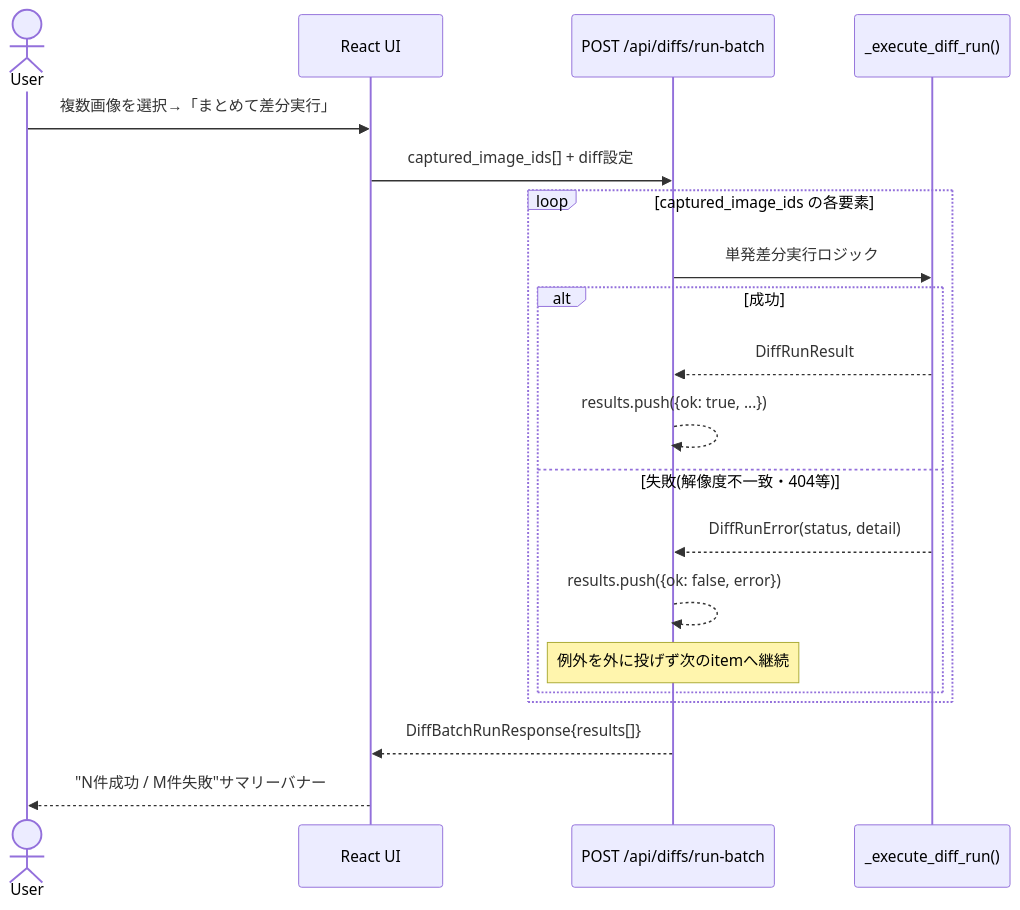
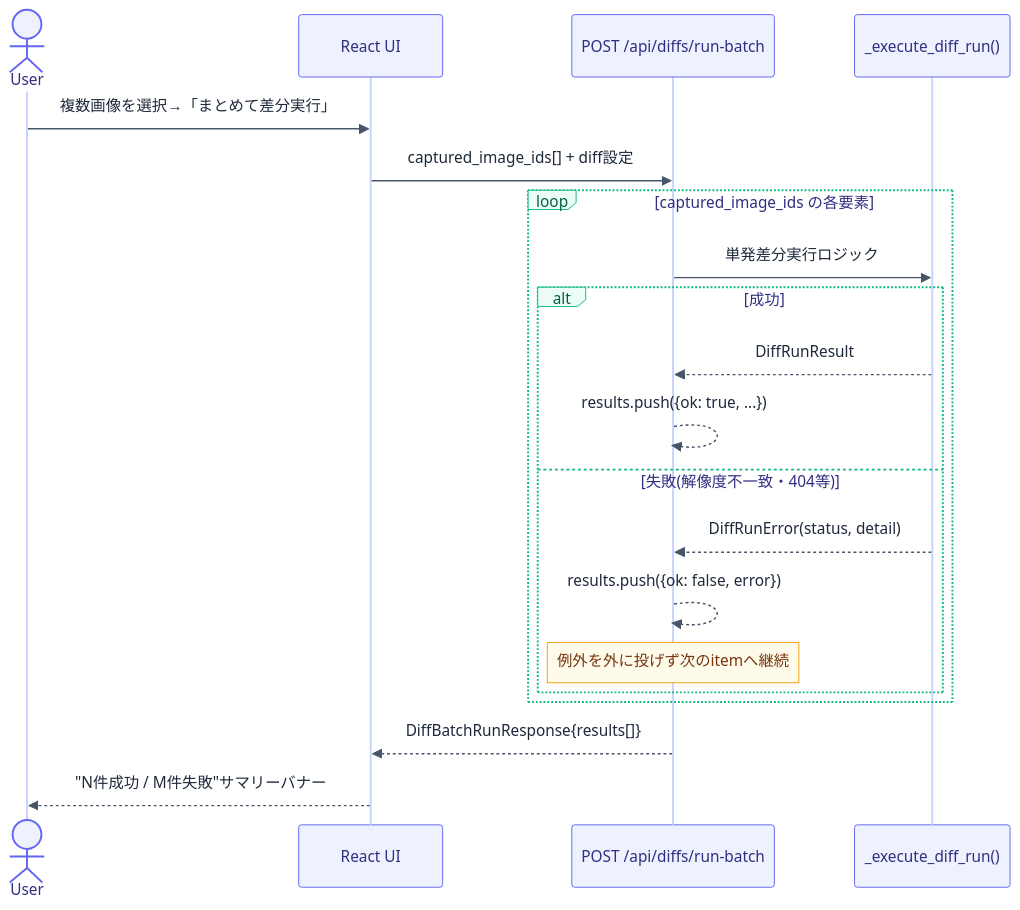
Before and after one commit to manato1201/VisualRegressionQATool: the fourth of 7 diagrams in docs/ARCHITECTURE.md, drawn with Mermaid. The commit also changed other lines of this file and 18 other files, not shown here.

First line of the commit message:
CaptureAgent の共通インターフェース(Unity/Houdini)を追加し、図に色を付けた

````diff
--- a/docs/ARCHITECTURE.md
+++ b/docs/ARCHITECTURE.md
@@ -165,23 +192,30 @@
 ```mermaid
+%%{init: {'theme': 'base', 'themeVariables': {
+    'actorBkg': '#eef2ff', 'actorBorder': '#6366f1', 'actorTextColor': '#312e81', 'actorLineColor': '#c7d2fe',
+    'signalColor': '#475569', 'signalTextColor': '#1e293b',
+    'labelBoxBkgColor': '#ecfdf5', 'labelBoxBorderColor': '#10b981', 'labelTextColor': '#065f46',
+    'noteBkgColor': '#fffbeb', 'noteBorderColor': '#f59e0b', 'noteTextColor': '#78350f',
+    'fontFamily': 'Inter, sans-serif'
+}}}%%
 sequenceDiagram
     actor User
     participant UI as React UI
     participant API as POST /api/diffs/run-batch
     participant Core as _execute_diff_run()
 
     User->>UI: 複数画像を選択→「まとめて差分実行」
     UI->>API: captured_image_ids[] + diff設定
     loop captured_image_ids の各要素
         API->>Core: 単発差分実行ロジック
         alt 成功
             Core-->>API: DiffRunResult
             API-->>API: results.push({ok: true, ...})
         else 失敗(解像度不一致・404等)
             Core-->>API: DiffRunError(status, detail)
             API-->>API: results.push({ok: false, error})
             Note over API: 例外を外に投げず次のitemへ継続
         end
     end
     API-->>UI: DiffBatchRunResponse{results[]}
     UI-->>User: "N件成功 / M件失敗"サマリーバナー
 ```
````
